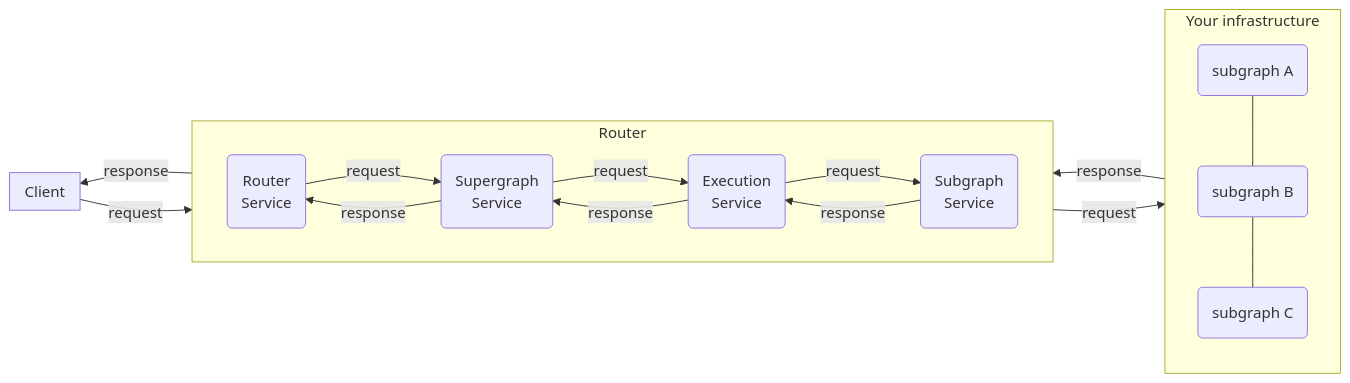
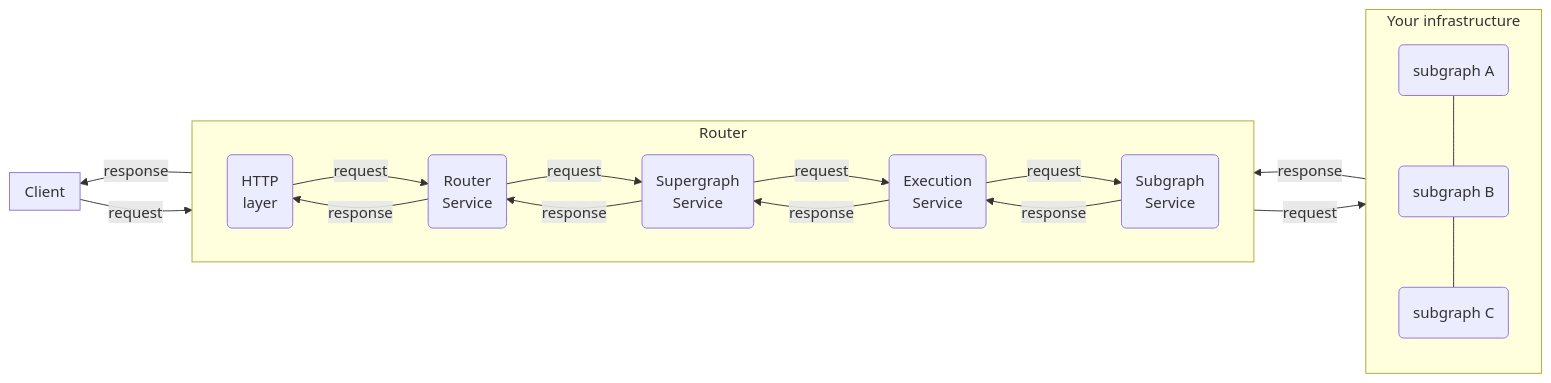
The diagram in docs/shared/diagrams/router-request-lifecycle-overview.mdx (apollographql/router), drawn with Mermaid before and after one commit. The commit also changed 13 other files, not shown here.

````diff
--- a/docs/shared/diagrams/router-request-lifecycle-overview.mdx
+++ b/docs/shared/diagrams/router-request-lifecycle-overview.mdx
@@ -1,29 +1,31 @@
 ```mermaid
 flowchart RL
     subgraph client["Client"]
     end
 
     subgraph router["Router"]
         direction LR
+        httpLayer("HTTP <br/> layer")
         routerService("Router <br/> Service")
         supergraphService("Supergraph <br/> Service")
         executionService("Execution <br/> Service")
         subgraphService("Subgraph <br/> Service")
-        routerService -->|request| supergraphService -->|request| executionService -->|request| subgraphService
-        subgraphService -->|response| executionService -->|response| supergraphService -->|response| routerService
+        httpLayer -->|request| routerService -->|request| supergraphService -->|request| executionService -->|request| subgraphService
+        subgraphService -->|response| executionService -->|response| supergraphService -->|response| routerService -->|response| httpLayer
 
     end
 
     subgraph infra["Your infrastructure"]
       direction TB
       api1("subgraph A");
       api2("subgraph B");
       api3("subgraph C");
       api1 --- api2 --- api3 
 
     end
 
-client -->|request| router -->|request| infra
-
-infra -->|response| router -->|response| client
+client -->|request| httpLayer
+subgraphService -->|request| infra
+infra -->|response| subgraphService
+httpLayer -->|response| client
 ```
````
